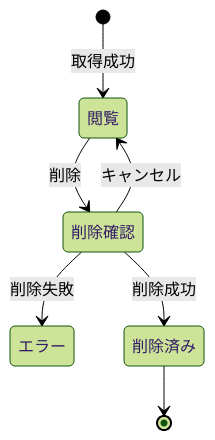
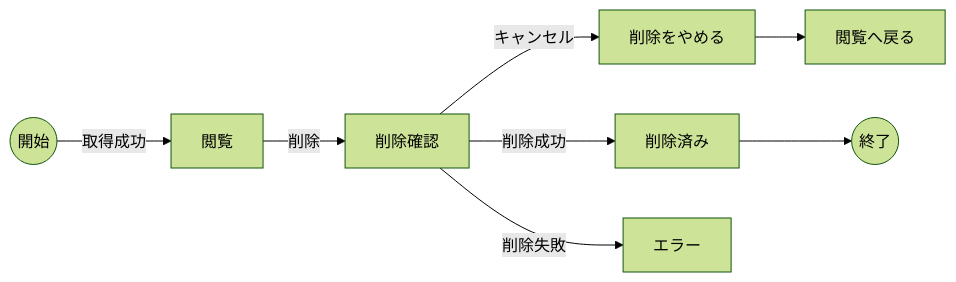
One commit to ka-akehi/Cornell-Method changed the second of 4 diagrams in doc/diagrams/MVP_STATE_DIAGRAMS.md. Above: the diagram before and after it, drawn with Mermaid (forest theme). The commit also changed other lines of this file and 33 other files, not shown here.

````diff
--- a/doc/diagrams/MVP_STATE_DIAGRAMS.md
+++ b/doc/diagrams/MVP_STATE_DIAGRAMS.md
@@ -42,17 +39,13 @@
 ```mermaid
-stateDiagram-v2
-  state "閲覧" as viewing
-  state "削除確認" as deleting
-  state "エラー" as error
-  state "削除済み" as deleted
+flowchart LR
+  Start((開始)) -->|取得成功| viewing[閲覧]
+  viewing -->|削除| deleting[削除確認]
 
-  [*] --> viewing: 取得成功
+  deleting -->|キャンセル| cancel[削除をやめる]
+  cancel --> return_viewing[閲覧へ戻る]
 
-  viewing --> deleting: 削除
+  deleting -->|削除成功| deleted[削除済み]
+  deleted --> End((終了))
 
-  deleting --> viewing: キャンセル
-  deleting --> deleted: 削除成功
-  deleting --> error: 削除失敗
-
-  deleted --> [*]
+  deleting -->|削除失敗| error[エラー]
 ```
````
